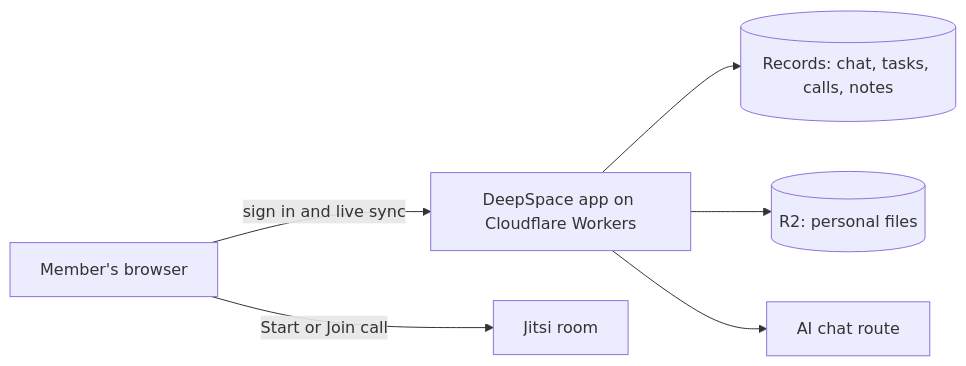
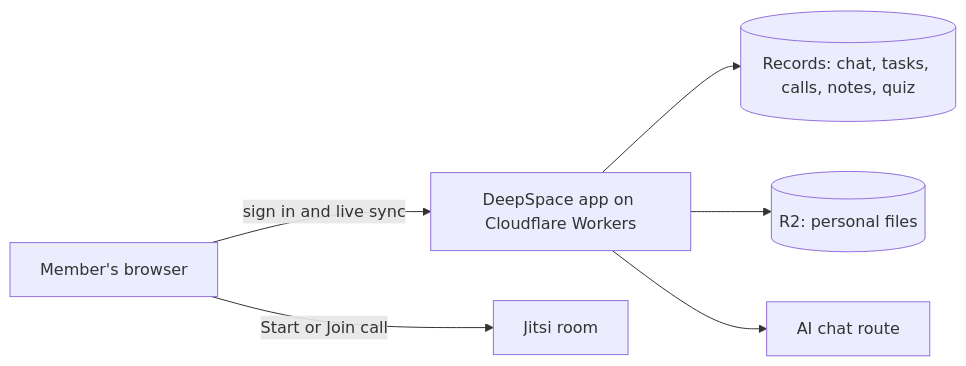
One commit to DuranDur/Studyroom-Live changed the second of 2 diagrams in README.md. Above: the diagram before and after it, drawn with Mermaid. The commit also changed other lines of this file, not shown here.

Commit message:
Add quiz feature to README

````diff
--- a/README.md
+++ b/README.md
@@ -55,8 +72,8 @@
 ```mermaid
 flowchart LR
     U["Member's browser"] -->|"sign in and live sync"| W["DeepSpace app on Cloudflare Workers"]
-    W --> D[("Records: chat, tasks, calls, notes")]
+    W --> D[("Records: chat, tasks, calls, notes, quiz")]
     W --> R[("R2: personal files")]
     W --> A["AI chat route"]
     U -->|"Start or Join call"| J["Jitsi room"]
 ```
````
